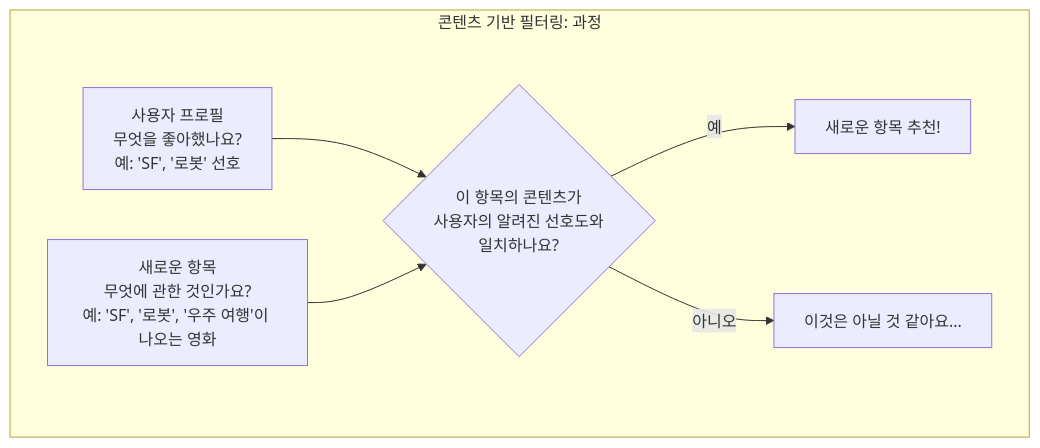
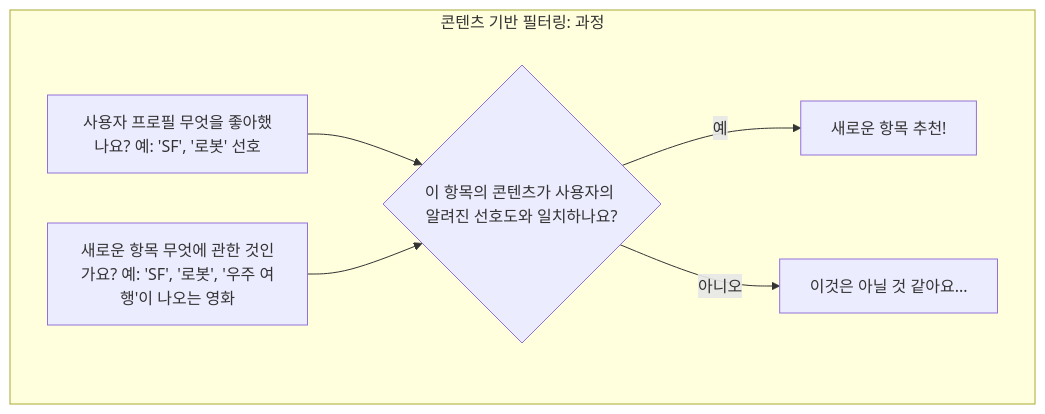
One commit to gh-shin/suggest-models-example changed the fifth of 11 diagrams in ConstructivistLearningPath.md. Above: the diagram before and after it, drawn with Mermaid. The commit also changed other lines of this file, not shown here.

Commit message:
modify mermaid

````diff
--- a/ConstructivistLearningPath.md
+++ b/ConstructivistLearningPath.md
@@ -161,12 +169,12 @@
     ```mermaid
     graph TD
         subgraph "콘텐츠 기반 필터링: 과정"
-            U_Profile["사용자 프로필\n무엇을 좋아했나요?\n예: 'SF', '로봇' 선호"]
-            I_New["새로운 항목\n무엇에 관한 것인가요?\n예: 'SF', '로봇', '우주 여행'이 나오는 영화"]
+            U_Profile["사용자 프로필 무엇을 좋아했나요? 예: 'SF', '로봇' 선호"]
+            I_New["새로운 항목 무엇에 관한 것인가요? 예: 'SF', '로봇', '우주 여행'이 나오는 영화"]
 
-            U_Profile --> Q_Match{"이 항목의 콘텐츠가\n사용자의 알려진 선호도와\n일치하나요?"};
+            U_Profile --> Q_Match{"이 항목의 콘텐츠가 사용자의 알려진 선호도와 일치하나요?"};
             I_New --> Q_Match;
             Q_Match -- 예 --> Recommend_It[새로운 항목 추천!];
             Q_Match -- 아니오 --> Dont_Recommend[이것은 아닐 것 같아요...];
         end
     ```
````
